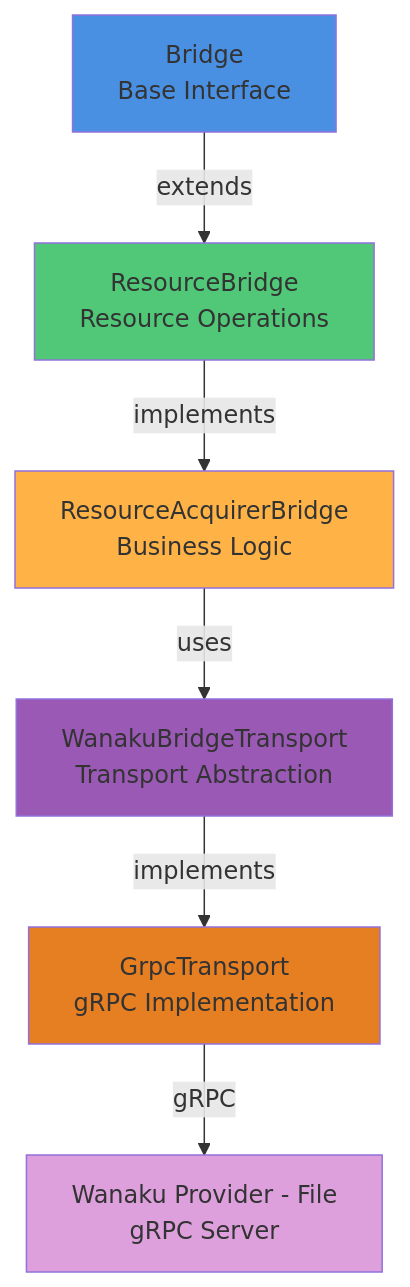
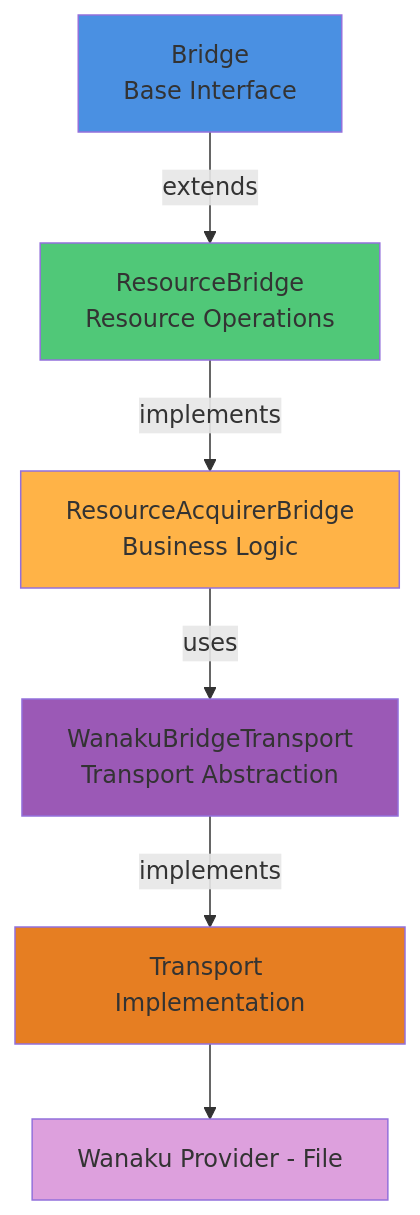
The second of 5 diagrams in docs/wanaku-router-internals.md (orpiske/wanaku-barn), drawn with Mermaid before and after one commit. The commit also changed other lines of this file and 84 other files, not shown here.

First line of the commit message:
chore: remove gRPC bridge transport layer

````diff
--- a/docs/wanaku-router-internals.md
+++ b/docs/wanaku-router-internals.md
@@ -143,22 +142,22 @@
 ```mermaid
 graph TB
     Bridge[Bridge<br/>Base Interface]
     ResourceBridge[ResourceBridge<br/>Resource Operations]
     ResourceAcquirerBridge[ResourceAcquirerBridge<br/>Business Logic]
     Transport[WanakuBridgeTransport<br/>Transport Abstraction]
-    GrpcTransport[GrpcTransport<br/>gRPC Implementation]
-    FileProvider[Wanaku Provider - File<br/>gRPC Server]
+    TransportImpl[Transport Implementation]
+    FileProvider[Wanaku Provider - File]
 
     Bridge -->|extends| ResourceBridge
     ResourceBridge -->|implements| ResourceAcquirerBridge
     ResourceAcquirerBridge -->|uses| Transport
-    Transport -->|implements| GrpcTransport
-    GrpcTransport -->|gRPC| FileProvider
+    Transport -->|implements| TransportImpl
+    TransportImpl --> FileProvider
 
     style Bridge fill:#4A90E2
     style ResourceBridge fill:#50C878
     style ResourceAcquirerBridge fill:#FFB347
     style Transport fill:#9B59B6
-    style GrpcTransport fill:#E67E22
+    style TransportImpl fill:#E67E22
     style FileProvider fill:#DDA0DD
 ```
````
